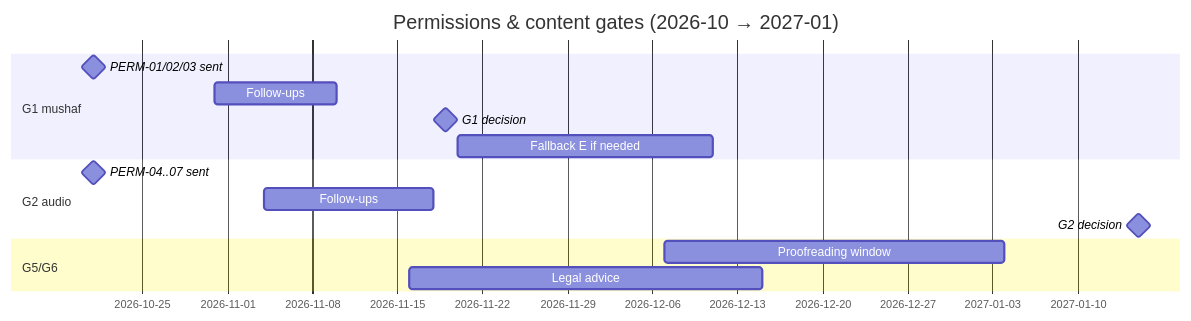
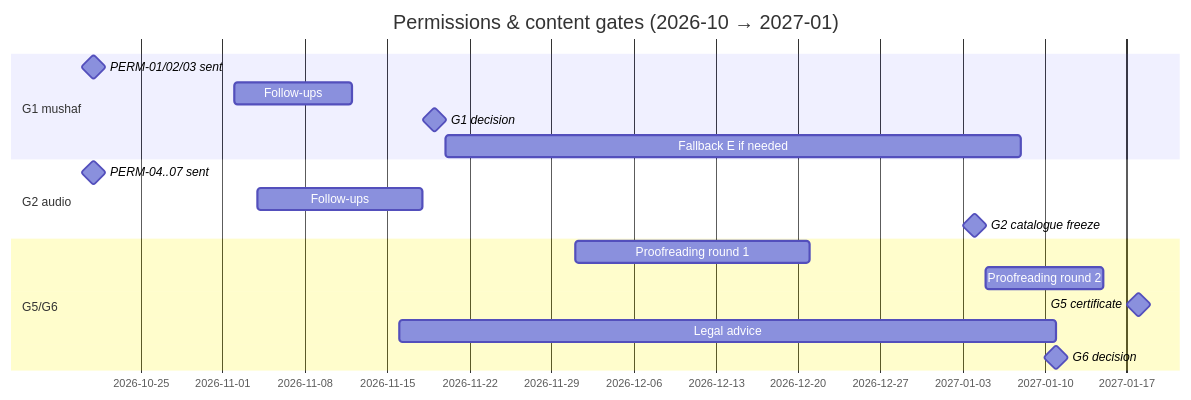
One commit to Chughtaie/criterion changed the diagram in docs/plan/03-content-data-licensing.md. Above: the diagram before and after it, drawn with Mermaid. The commit also changed other lines of this file and 12 other files, not shown here.

````diff
--- a/docs/plan/03-content-data-licensing.md
+++ b/docs/plan/03-content-data-licensing.md
@@ -340,17 +356,20 @@
 ```mermaid
 gantt
   dateFormat YYYY-MM-DD
   title Permissions & content gates (2026-10 → 2027-01)
   section G1 mushaf
   PERM-01/02/03 sent           :milestone, 2026-10-21, 0d
-  Follow-ups                    :2026-10-31, 2026-11-10
+  Follow-ups                    :2026-11-02, 2026-11-12
   G1 decision                   :milestone, 2026-11-19, 0d
-  Fallback E if needed          :2026-11-20, 21d
+  Fallback E if needed          :2026-11-20, 49d
   section G2 audio
   PERM-04..07 sent              :milestone, 2026-10-21, 0d
   Follow-ups                    :2026-11-04, 2026-11-18
-  G2 decision                   :milestone, 2027-01-15, 0d
+  G2 catalogue freeze           :milestone, 2027-01-04, 0d
   section G5/G6
-  Proofreading window           :2026-12-07, 2027-01-04
-  Legal advice                  :2026-11-16, 2026-12-15
+  Proofreading round 1          :2026-12-01, 2026-12-21
+  Proofreading round 2          :2027-01-05, 2027-01-15
+  G5 certificate                :milestone, 2027-01-18, 0d
+  Legal advice                  :2026-11-16, 2027-01-11
+  G6 decision                   :milestone, 2027-01-11, 0d
 ```
````
